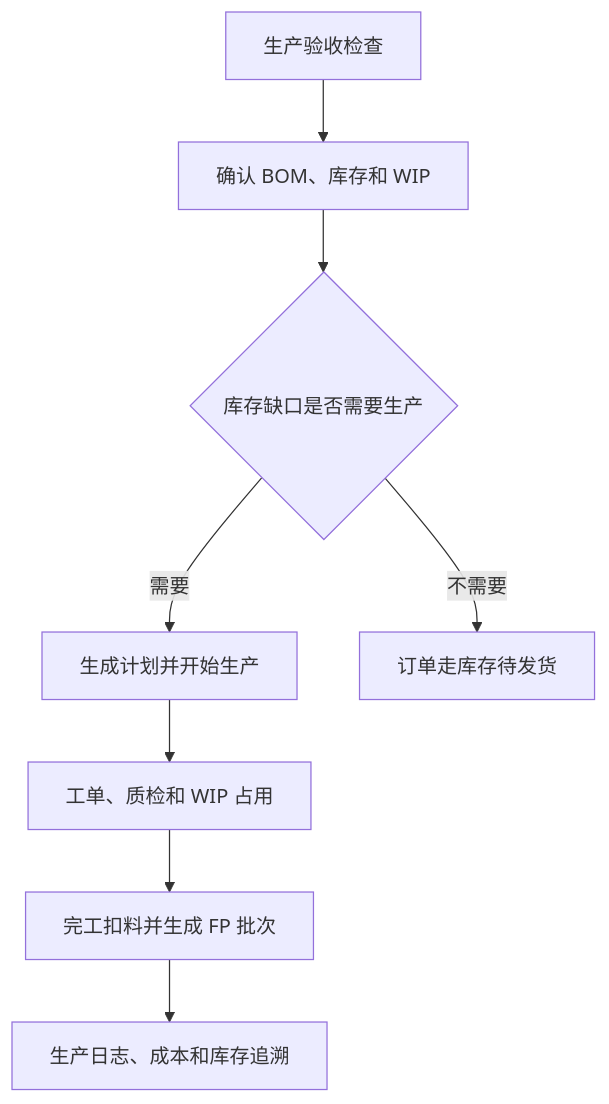
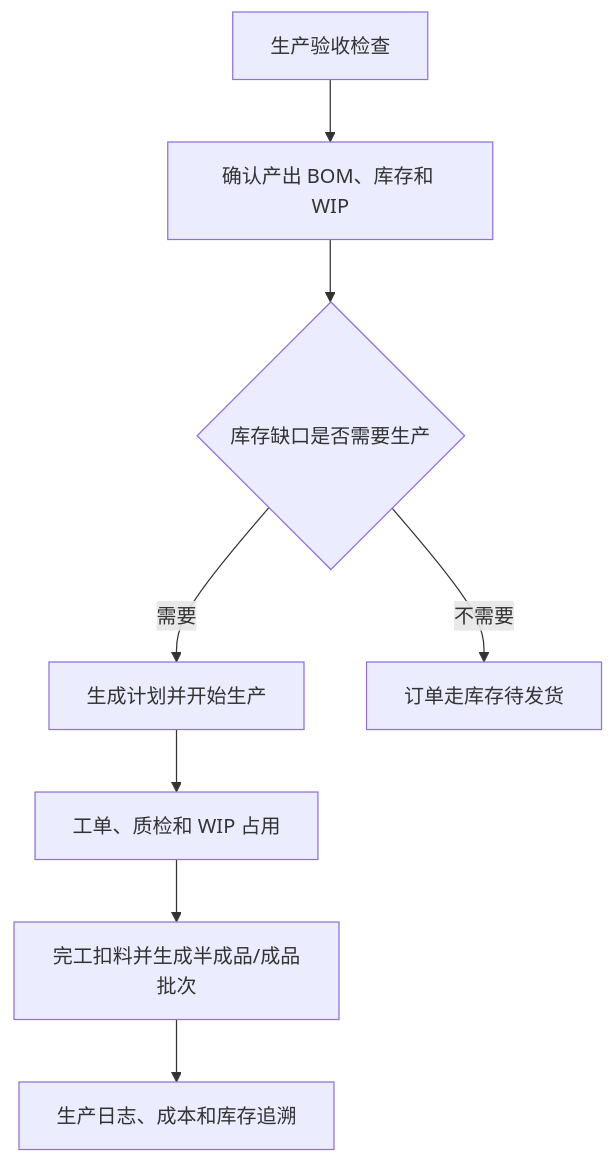
The diagram in orderapp-remote/docs/OP_MANUAL_PRODUCTION.md (Backstage2539/KFerp), drawn with Mermaid before and after one commit. The commit also changed other lines of this file and 35 other files, not shown here.

````diff
--- a/orderapp-remote/docs/OP_MANUAL_PRODUCTION.md
+++ b/orderapp-remote/docs/OP_MANUAL_PRODUCTION.md
@@ -12,10 +13,10 @@
 ```mermaid
 flowchart TD
-  A["生产验收检查"] --> B["确认 BOM、库存和 WIP"]
+  A["生产验收检查"] --> B["确认产出 BOM、库存和 WIP"]
   B --> C{"库存缺口是否需要生产"}
   C -->|需要| D["生成计划并开始生产"]
   C -->|不需要| E["订单走库存待发货"]
   D --> F["工单、质检和 WIP 占用"]
-  F --> G["完工扣料并生成 FP 批次"]
+  F --> G["完工扣料并生成半成品/成品批次"]
   G --> H["生产日志、成本和库存追溯"]
 ```
````
